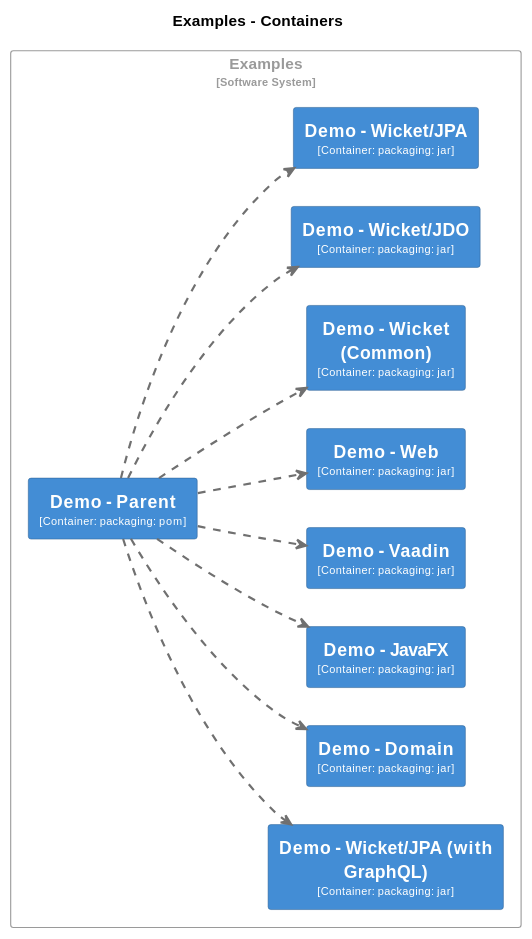
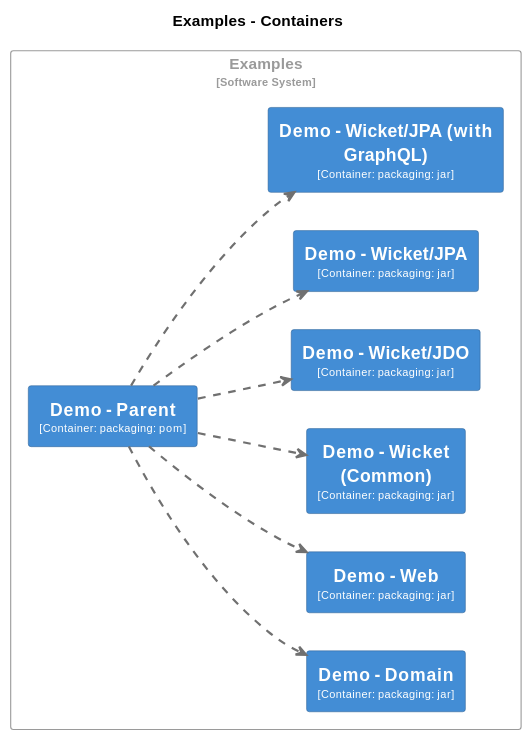
The fourth of 29 diagrams in core/adoc/modules/_overview/pages/about.adoc (apache/causeway), drawn with PlantUML before and after one commit. The commit also changed other lines of this file and 10 other files, not shown here.

```diff
--- a/core/adoc/modules/_overview/pages/about.adoc
+++ b/core/adoc/modules/_overview/pages/about.adoc
@@ -665,17 +665,7 @@
   FontColor #fffffe
   BorderColor #2e6295
 }
-skinparam rectangle<<Examples.DemoJavaFX>> {
-  BackgroundColor #438dd5
-  FontColor #fffffe
-  BorderColor #2e6295
-}
 skinparam rectangle<<Examples.DemoParent>> {
-  BackgroundColor #438dd5
-  FontColor #fffffe
-  BorderColor #2e6295
-}
-skinparam rectangle<<Examples.DemoVaadin>> {
   BackgroundColor #438dd5
   FontColor #fffffe
   BorderColor #2e6295
@@ -710,24 +700,20 @@
   skinparam RectangleBorderColor<<Examples>> #9a9a9a
   skinparam RectangleFontColor<<Examples>> #9a9a9a
 
-  rectangle "==Demo - Wicket/JPA (with GraphQL)\n<size:10>[Container: packaging: jar]</size>" <<Examples.DemoWicketJPAwithGraphQL>> as Examples.DemoWicketJPAwithGraphQL
   rectangle "==Demo - Parent\n<size:10>[Container: packaging: pom]</size>" <<Examples.DemoParent>> as Examples.DemoParent
   rectangle "==Demo - Domain\n<size:10>[Container: packaging: jar]</size>" <<Examples.DemoDomain>> as Examples.DemoDomain
-  rectangle "==Demo - JavaFX\n<size:10>[Container: packaging: jar]</size>" <<Examples.DemoJavaFX>> as Examples.DemoJavaFX
-  rectangle "==Demo - Vaadin\n<size:10>[Container: packaging: jar]</size>" <<Examples.DemoVaadin>> as Examples.DemoVaadin
   rectangle "==Demo - Web\n<size:10>[Container: packaging: jar]</size>" <<Examples.DemoWeb>> as Examples.DemoWeb
   rectangle "==Demo - Wicket (Common)\n<size:10>[Container: packaging: jar]</size>" <<Examples.DemoWicketCommon>> as Examples.DemoWicketCommon
   rectangle "==Demo - Wicket/JDO\n<size:10>[Container: packaging: jar]</size>" <<Examples.DemoWicketJDO>> as Examples.DemoWicketJDO
   rectangle "==Demo - Wicket/JPA\n<size:10>[Container: packaging: jar]</size>" <<Examples.DemoWicketJPA>> as Examples.DemoWicketJPA
+  rectangle "==Demo - Wicket/JPA (with GraphQL)\n<size:10>[Container: packaging: jar]</size>" <<Examples.DemoWicketJPAwithGraphQL>> as Examples.DemoWicketJPAwithGraphQL
 }
 
-Examples.DemoParent .[#707070,thickness=2].> Examples.DemoDomain : "<color:#707070>"
-Examples.DemoParent .[#707070,thickness=2].> Examples.DemoJavaFX : "<color:#707070>"
-Examples.DemoParent .[#707070,thickness=2].> Examples.DemoVaadin : "<color:#707070>"
 Examples.DemoParent .[#707070,thickness=2].> Examples.DemoWeb : "<color:#707070>"
 Examples.DemoParent .[#707070,thickness=2].> Examples.DemoWicketCommon : "<color:#707070>"
 Examples.DemoParent .[#707070,thickness=2].> Examples.DemoWicketJDO : "<color:#707070>"
 Examples.DemoParent .[#707070,thickness=2].> Examples.DemoWicketJPA : "<color:#707070>"
 Examples.DemoParent .[#707070,thickness=2].> Examples.DemoWicketJPAwithGraphQL : "<color:#707070>"
+Examples.DemoParent .[#707070,thickness=2].> Examples.DemoDomain : "<color:#707070>"
 @enduml
 ----
```
